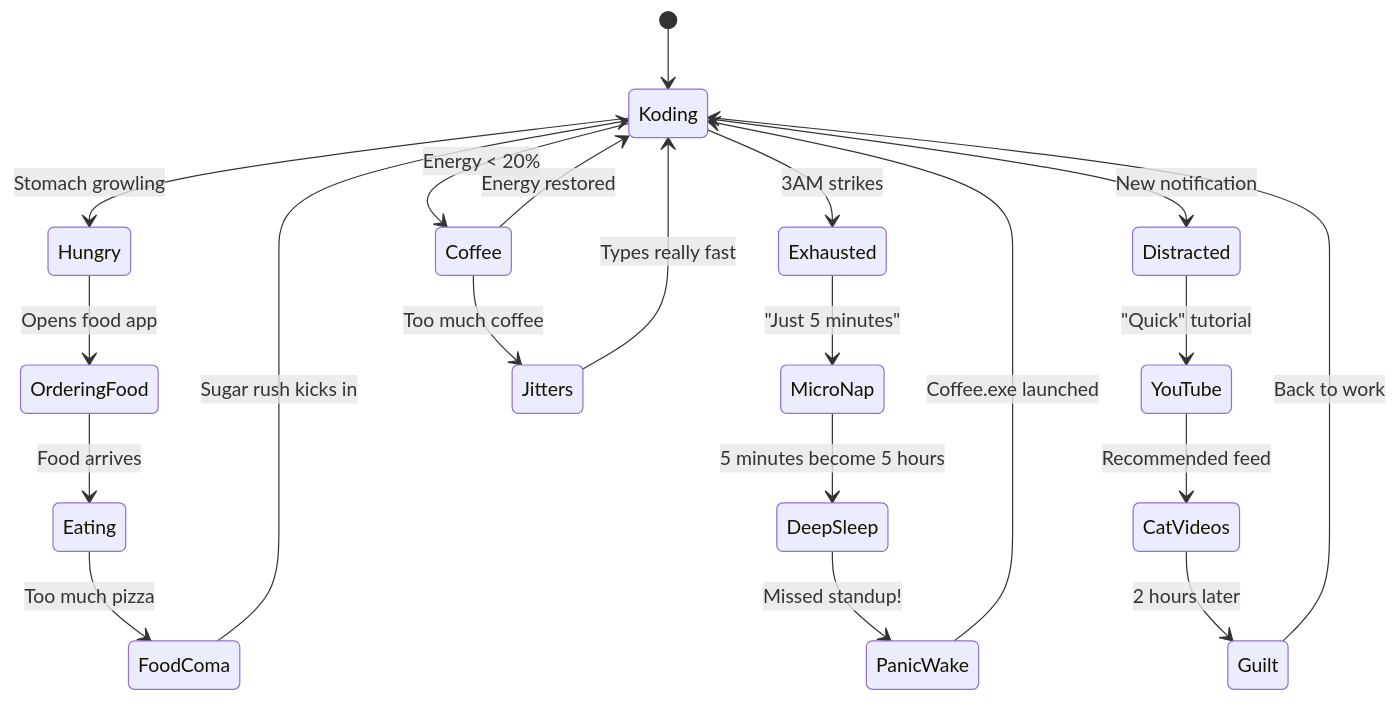
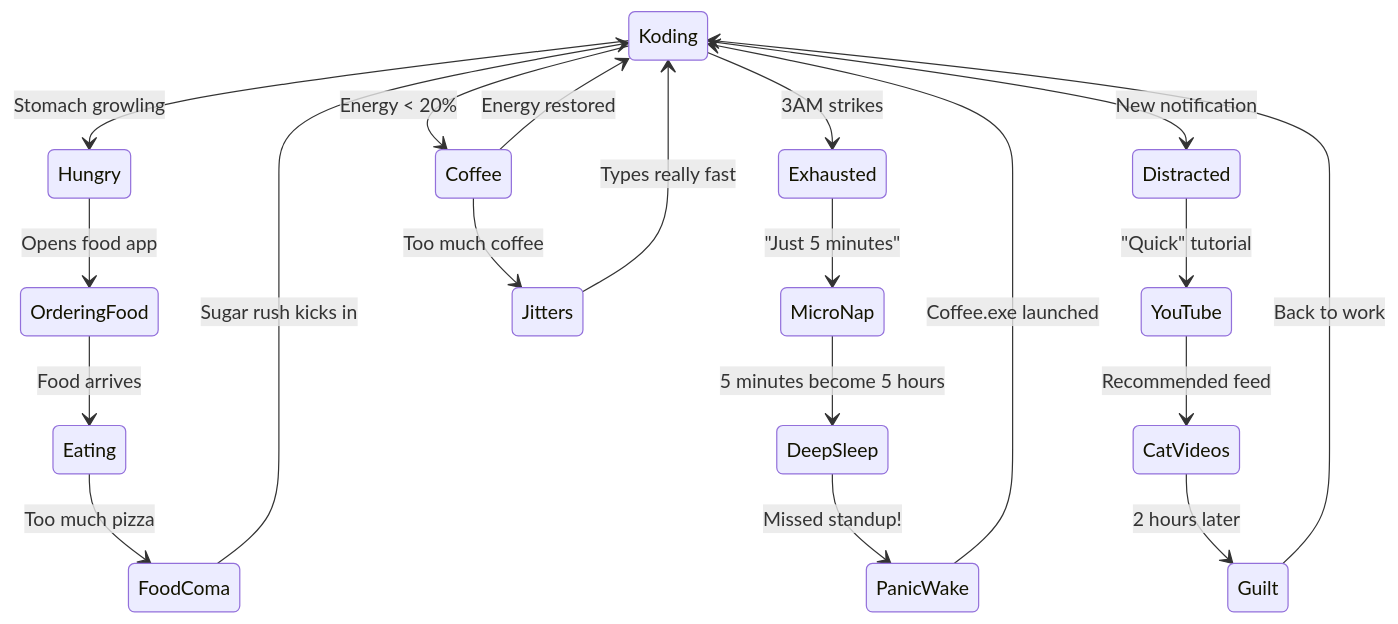
The diagram in README.md (kac487/kac487), drawn with Mermaid before and after one commit.

````diff
--- a/README.md
+++ b/README.md
@@ -1,27 +1,25 @@
 ```mermaid
-stateDiagram-v2
-    [*] --> Koding
-        
+stateDiagram-v2       
     Koding --> Hungry: Stomach growling
     Hungry --> OrderingFood: Opens food app
     OrderingFood --> Eating: Food arrives
     Eating --> FoodComa: Too much pizza
     FoodComa --> Koding: Sugar rush kicks in
     
     Koding --> Exhausted: 3AM strikes
     Exhausted --> MicroNap: "Just 5 minutes"
     MicroNap --> DeepSleep: 5 minutes become 5 hours
     DeepSleep --> PanicWake: Missed standup!
     PanicWake --> Koding: Coffee.exe launched
     
     Koding --> Coffee: Energy < 20%
     Coffee --> Koding: Energy restored
     Coffee --> Jitters: Too much coffee
     Jitters --> Koding: Types really fast
     
     Koding --> Distracted: New notification
     Distracted --> YouTube: "Quick" tutorial
     YouTube --> CatVideos: Recommended feed
     CatVideos --> Guilt: 2 hours later
     Guilt --> Koding: Back to work
 ```
````
